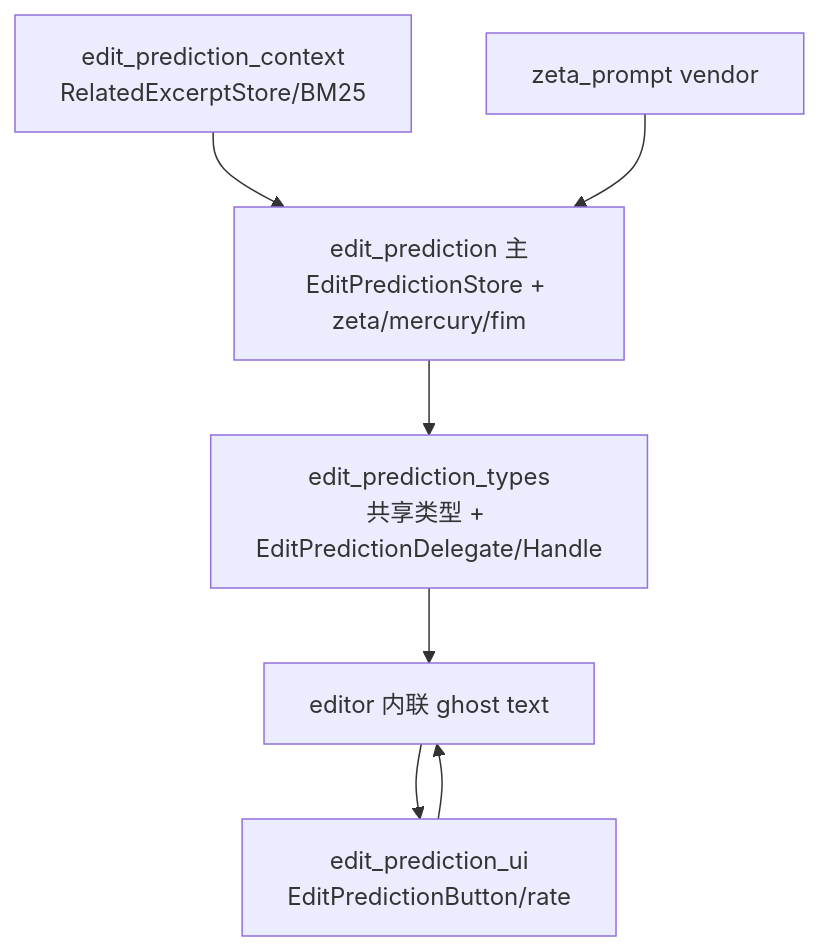
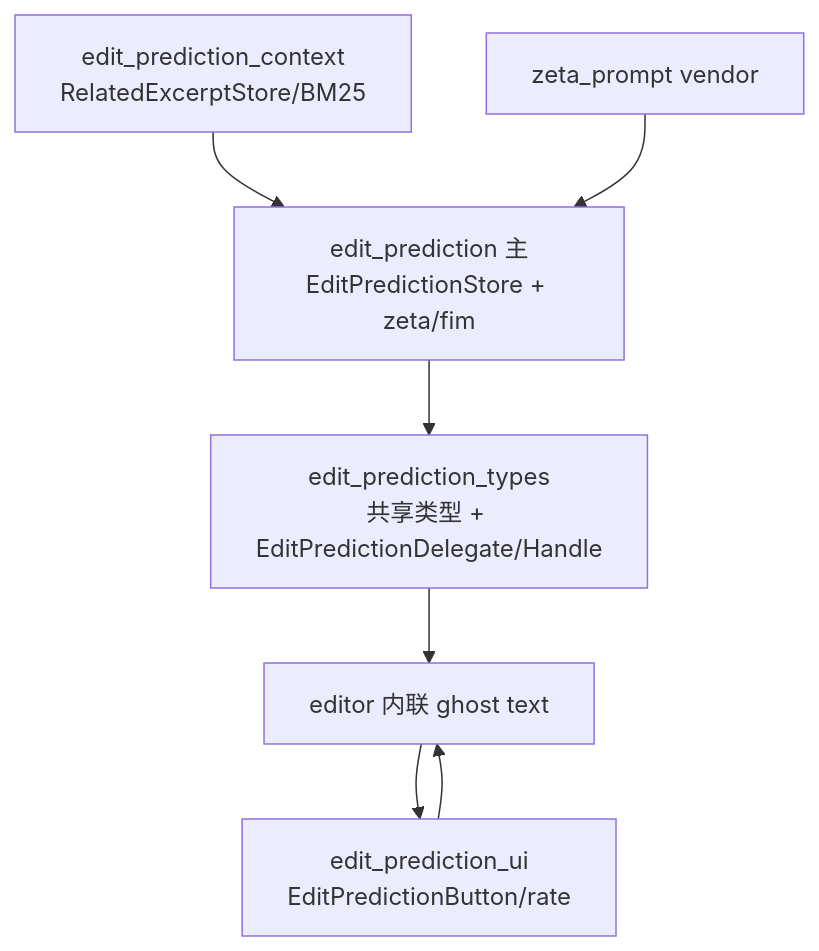
Before and after one commit to rzhangjing/zed: the first of 2 diagrams in wiki/Edit-Prediction-Deep-Dive.md, drawn with Mermaid. The commit also changed other lines of this file and 96 other files, not shown here.

````diff
--- a/wiki/Edit-Prediction-Deep-Dive.md
+++ b/wiki/Edit-Prediction-Deep-Dive.md
@@ -9,9 +9,9 @@
 ```mermaid
 graph TB
     T[edit_prediction_types<br/>共享类型 + EditPredictionDelegate/Handle] --> E[editor 内联 ghost text]
-    M[edit_prediction 主<br/>EditPredictionStore + zeta/mercury/fim] --> T
+    M[edit_prediction 主<br/>EditPredictionStore + zeta/fim] --> T
     CTX[edit_prediction_context<br/>RelatedExcerptStore/BM25] --> M
     UI[edit_prediction_ui<br/>EditPredictionButton/rate] --> E
     SUG[zeta_prompt vendor] --> M
     E --> UI
 ```
````
